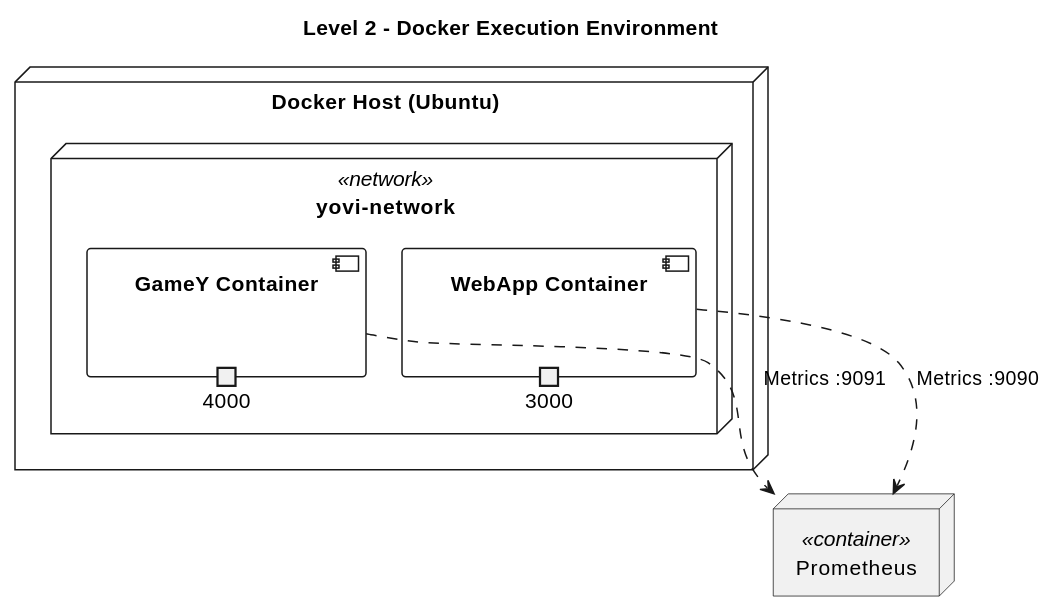
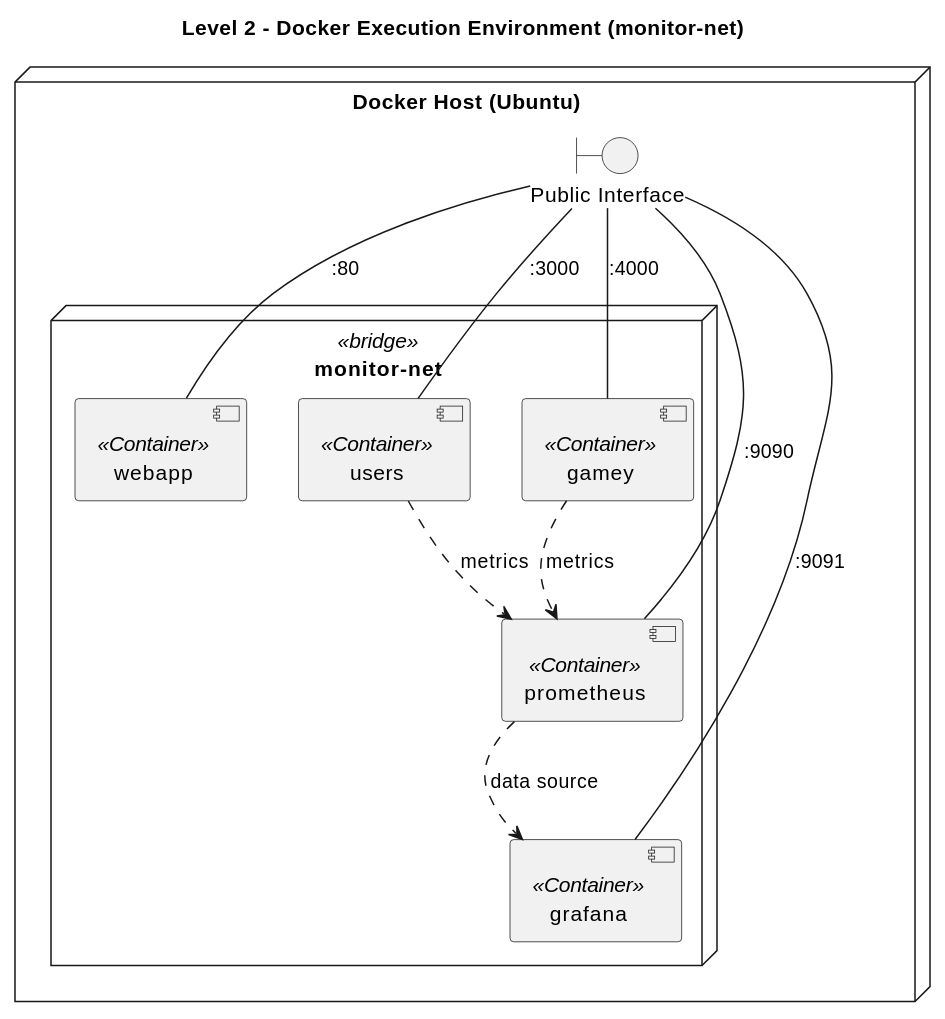
One commit to Arquisoft/yovi_en1a changed the second of 2 diagrams in docs/src/07_deployment_view.adoc. Above: the diagram before and after it, drawn with PlantUML. The commit also changed other lines of this file, not shown here.

Commit message:
Added missing information in section 07. Still missing diagram correction

```diff
--- a/docs/src/07_deployment_view.adoc
+++ b/docs/src/07_deployment_view.adoc
@@ -68,23 +40,30 @@
 [plantuml, level2-docker, svg]
 ----
 @startuml
-title Level 2 - Docker Execution Environment
+title Level 2 - Docker Execution Environment (monitor-net)
 
 node "Docker Host (Ubuntu)" {
 
-    node "yovi-network" <<network>> {
-        component "WebApp Container" as nodejs {
-            portout 3000
-        }
-        component "GameY Container" as rust {
-            portout 4000
-        }
-    }
+  boundary "Public Interface" as PI
+
+  node "monitor-net" <<bridge>> {
+    component "webapp" as web <<Container>>
+    component "users" as usvc <<Container>>
+    component "gamey" as engine <<Container>>
+    component "prometheus" as prom <<Container>>
+    component "grafana" as graf <<Container>>
+  }
+
 }
 
-node "Prometheus" as mon <<container>>
+PI -- web : ":80"
+PI -- usvc : ":3000"
+PI -- engine : ":4000"
+PI -- prom : ":9090"
+PI -- graf : ":9091"
 
-rust ..> mon : "Metrics :9091"
-nodejs ..> mon : "Metrics :9090"
+usvc ..> prom : "metrics"
+engine ..> prom : "metrics"
+prom ..> graf : "data source"
 @enduml
 ----
```
